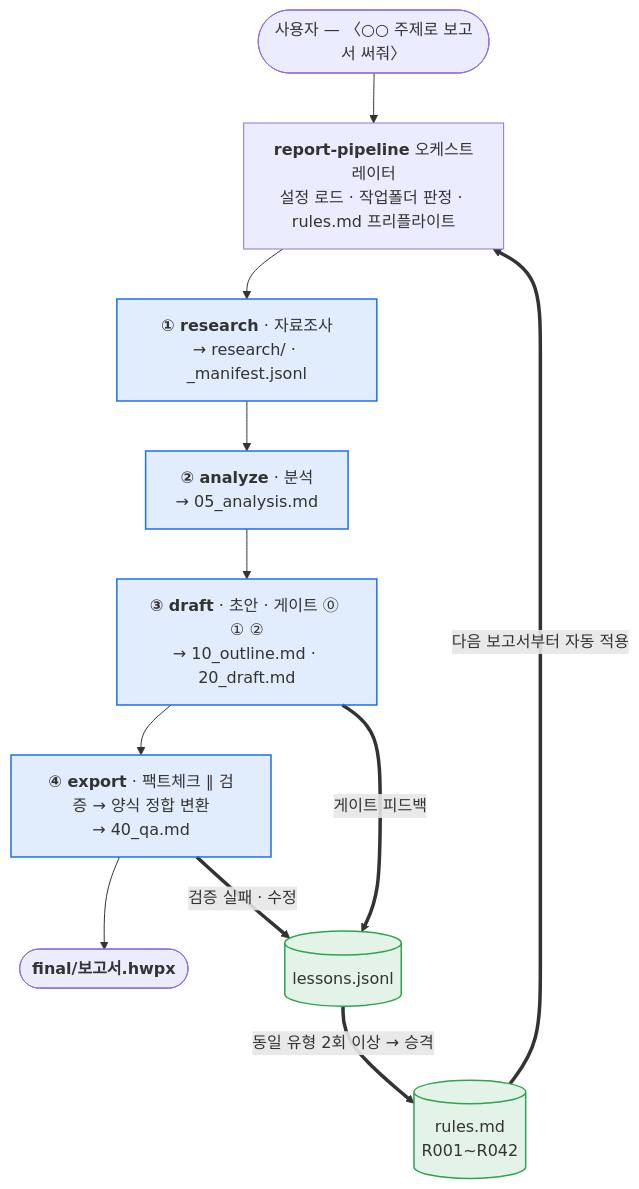
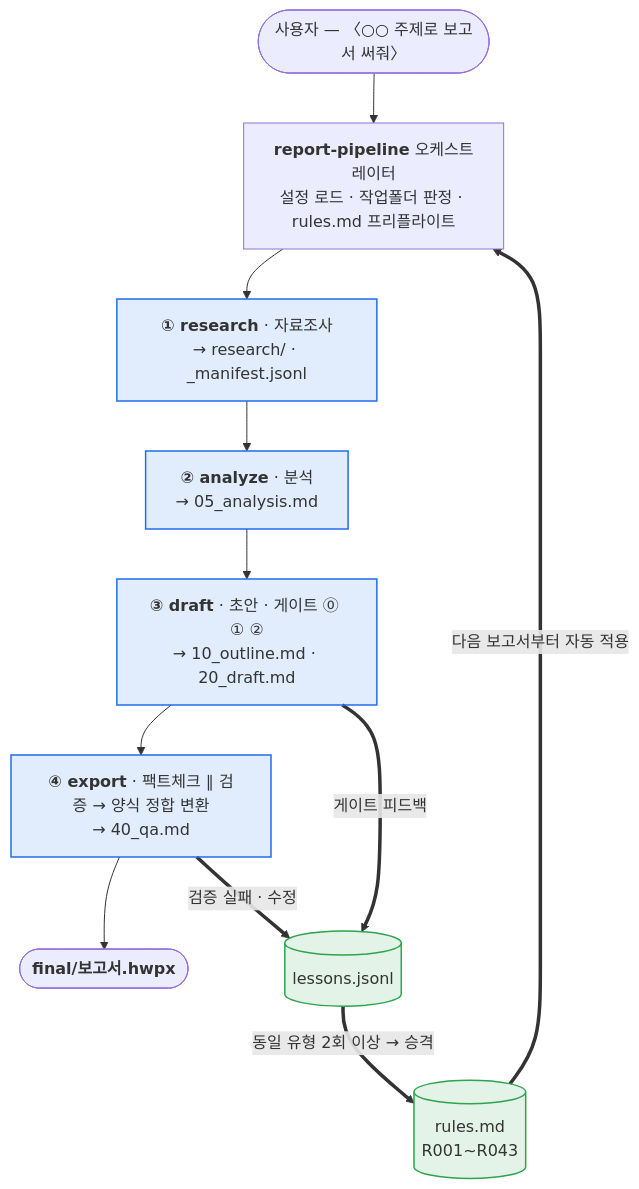
The first of 2 diagrams in README.md (kca-deep/report-harness), drawn with Mermaid before and after one commit. The commit also changed other lines of this file and 8 other files, not shown here.

````diff
--- a/README.md
+++ b/README.md
@@ -68,22 +68,22 @@
 ```mermaid
 flowchart TD
     U(["사용자 — 〈○○ 주제로 보고서 써줘〉"]) --> P
 
     P["<b>report-pipeline</b> 오케스트레이터<br/>설정 로드 · 작업폴더 판정 · rules.md 프리플라이트"]
 
     P --> S1["<b>① research</b> · 자료조사<br/>→ research/ · _manifest.jsonl"]
     S1 --> S2["<b>② analyze</b> · 분석<br/>→ 05_analysis.md"]
     S2 --> S3["<b>③ draft</b> · 초안 · 게이트 ⓪ ① ②<br/>→ 10_outline.md · 20_draft.md"]
     S3 --> S4["<b>④ export</b> · 팩트체크 ∥ 검증 → 양식 정합 변환<br/>→ 40_qa.md"]
     S4 --> F(["<b>final/보고서.hwpx</b>"])
 
     S3 ==>|"게이트 피드백"| L
     S4 ==>|"검증 실패 · 수정"| L[("lessons.jsonl")]
-    L ==>|"동일 유형 2회 이상 → 승격"| R[("rules.md<br/>R001~R042")]
+    L ==>|"동일 유형 2회 이상 → 승격"| R[("rules.md<br/>R001~R043")]
     R ==>|"다음 보고서부터 자동 적용"| P
 
     classDef stage fill:#1f6feb22,stroke:#1f6feb,stroke-width:1.5px
     classDef acc fill:#2da44e22,stroke:#2da44e,stroke-width:1.5px
     class S1,S2,S3,S4 stage
     class L,R acc
 ```
````
